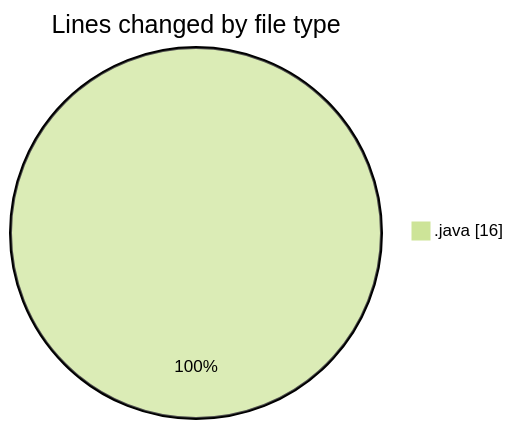
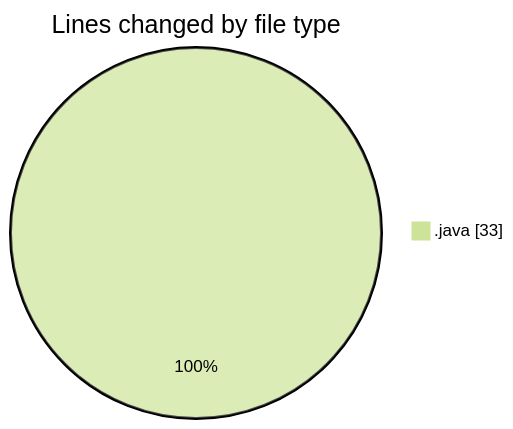
Before and after one commit to hasnaa123/code-tracking: the first of 2 diagrams in 2026-05-21/chatserver/README.md, drawn with Mermaid (forest theme). The commit also changed other lines of this file and 1 other file, not shown here.

````diff
--- a/2026-05-21/chatserver/README.md
+++ b/2026-05-21/chatserver/README.md
@@ -20,5 +20,5 @@
 ```mermaid
 pie showData
 title Lines changed by file type
-".java" : 16
+".java" : 33
 ```
````
